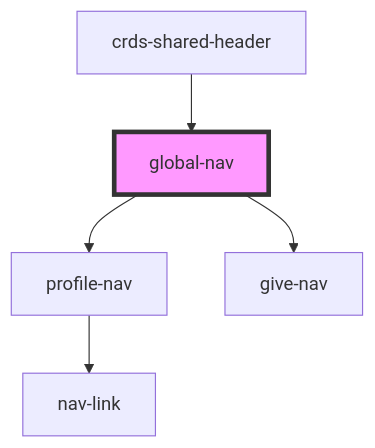
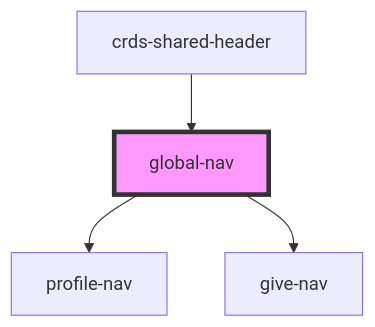
Before and after one commit to dholloran-ample/visual-regression-testing-IP: the diagram in src/components/crds-shared-header/global-nav/readme.md, drawn with Mermaid. The commit also changed other lines of this file and 12 other files, not shown here.

````diff
--- a/src/components/crds-shared-header/global-nav/readme.md
+++ b/src/components/crds-shared-header/global-nav/readme.md
@@ -35,8 +35,7 @@
 ```mermaid
 graph TD;
   global-nav --> profile-nav
   global-nav --> give-nav
-  profile-nav --> nav-link
   crds-shared-header --> global-nav
   style global-nav fill:#f9f,stroke:#333,stroke-width:4px
 ```
````
